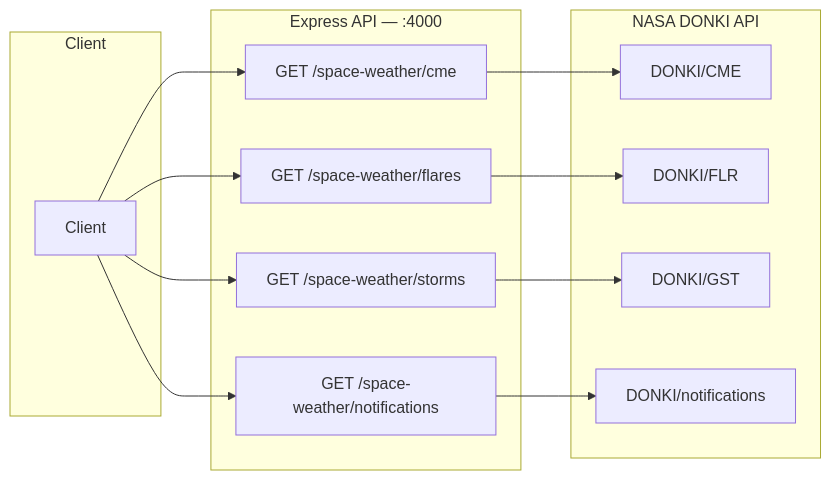
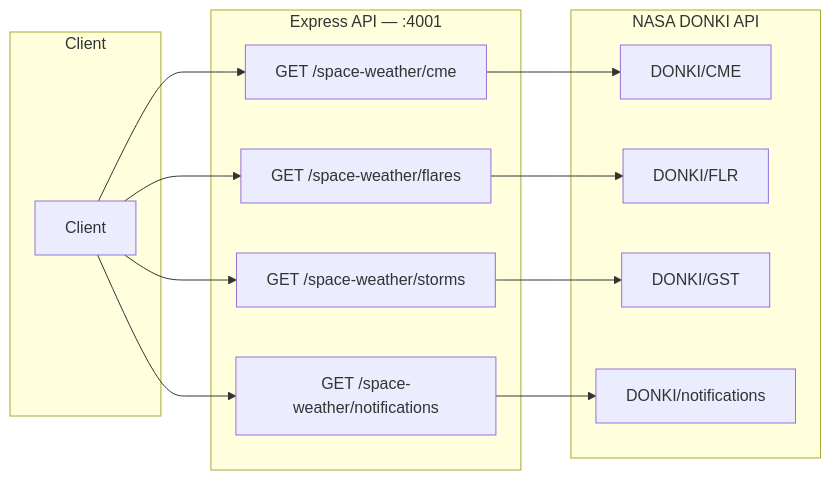
Before and after one commit to rudra-sah00/cosmic-watch-backend: the first of 2 diagrams in docs/SPACE_WEATHER.md, drawn with Mermaid. The commit also changed 8 other files, not shown here.

````diff
--- a/docs/SPACE_WEATHER.md
+++ b/docs/SPACE_WEATHER.md
@@ -7,26 +7,26 @@
 ```mermaid
 flowchart LR
     subgraph Client
         C["Client"]
     end
 
-    subgraph Express["Express API — :4000"]
+    subgraph Express["Express API — :4001"]
         CME["GET /space-weather/cme"]
         FLR["GET /space-weather/flares"]
         STM["GET /space-weather/storms"]
         NOT["GET /space-weather/notifications"]
     end
 
     subgraph DONKI["NASA DONKI API"]
         D_CME["DONKI/CME"]
         D_FLR["DONKI/FLR"]
         D_GST["DONKI/GST"]
         D_NOT["DONKI/notifications"]
     end
 
     C --> CME & FLR & STM & NOT
     CME --> D_CME
     FLR --> D_FLR
     STM --> D_GST
     NOT --> D_NOT
 ```
````
